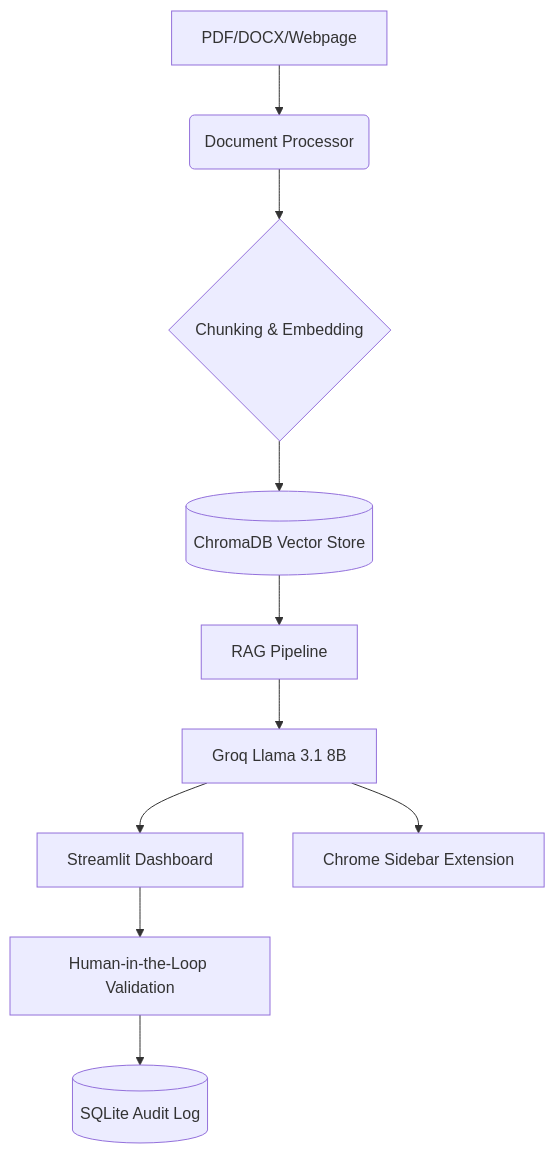
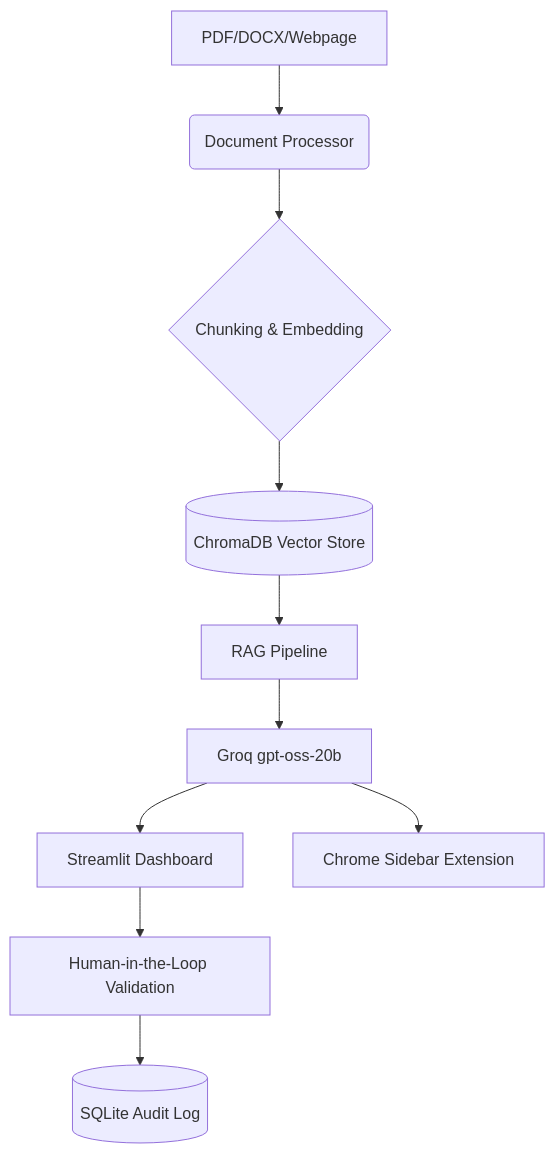
The diagram in README.md (Rasika1200/ClauseWise), drawn with Mermaid before and after one commit. The commit also changed other lines of this file and 7 other files, not shown here.

First line of the commit message:
Real CUAD evaluation with gpt-oss-20b; fix index_chunks clause types

````diff
--- a/README.md
+++ b/README.md
@@ -28,12 +28,12 @@
 ```mermaid
 graph TD
     A[PDF/DOCX/Webpage] --> B(Document Processor)
     B --> C{Chunking & Embedding}
     C --> D[(ChromaDB Vector Store)]
     D --> E[RAG Pipeline]
-    E --> F[Groq Llama 3.1 8B]
+    E --> F[Groq gpt-oss-20b]
     F --> G[Streamlit Dashboard]
     F --> H[Chrome Sidebar Extension]
     G --> I[Human-in-the-Loop Validation]
     I --> J[(SQLite Audit Log)]
 ```
````
